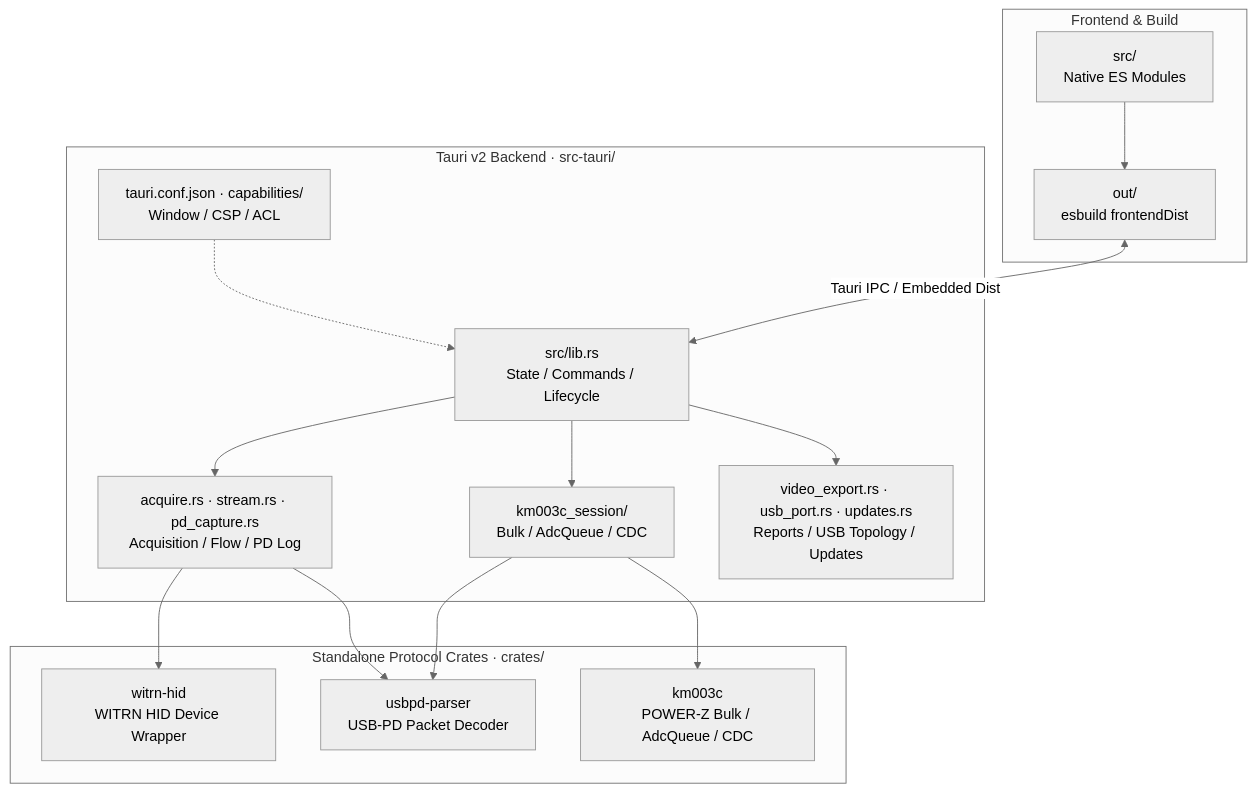
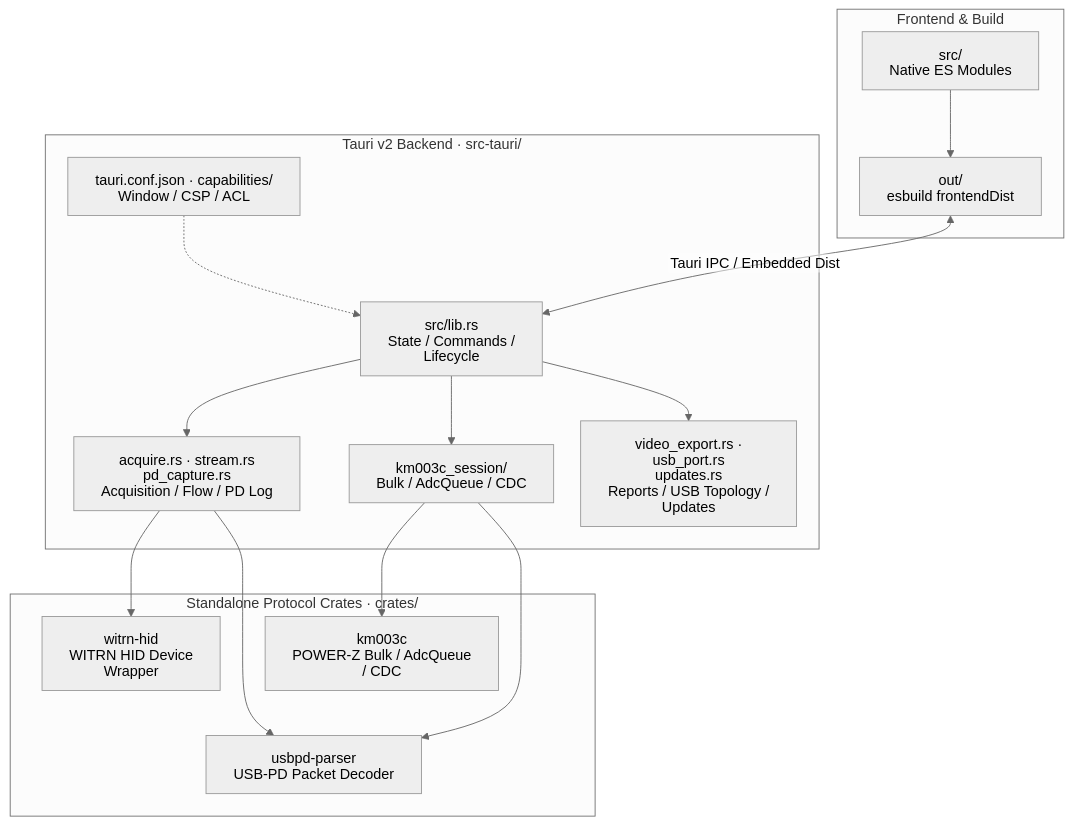
Before and after one commit to KHWLGH/laPower: the first of 4 diagrams in docs/en/ARCHITECTURE.md, drawn with Mermaid (neutral theme). The commit also changed other lines of this file and 1 other file, not shown here.

Commit message:
docs: fix Mermaid label rendering

````diff
--- a/docs/en/ARCHITECTURE.md
+++ b/docs/en/ARCHITECTURE.md
@@ -22,30 +22,39 @@
 ```mermaid
+---
+config:
+  htmlLabels: false
+  flowchart:
+    nodeSpacing: 30
+    wrappingWidth: 200
+---
 flowchart TB
   subgraph FE["Frontend & Build"]
     SRC["src/<br/>Native ES Modules"] --> OUT["out/<br/>esbuild frontendDist"]
   end
 
   subgraph BE["Tauri v2 Backend · src-tauri/"]
     LIB["src/lib.rs<br/>State / Commands / Lifecycle"]
-    STREAM["acquire.rs · stream.rs · pd_capture.rs<br/>Acquisition / Flow / PD Log"]
+    STREAM["acquire.rs · stream.rs<br/>pd_capture.rs<br/>Acquisition / Flow / PD Log"]
     KM_SESS["km003c_session/<br/>Bulk / AdcQueue / CDC"]
-    EXPORT["video_export.rs · usb_port.rs · updates.rs<br/>Reports / USB Topology / Updates"]
+    EXPORT["video_export.rs · usb_port.rs<br/>updates.rs<br/>Reports / USB Topology / Updates"]
     CONF["tauri.conf.json · capabilities/<br/>Window / CSP / ACL"]
     LIB --> STREAM
     LIB --> KM_SESS
     LIB --> EXPORT
     CONF -.-> LIB
   end
 
   subgraph CRATES["Standalone Protocol Crates · crates/"]
     WITRN["witrn-hid<br/>WITRN HID Device Wrapper"]
     USBPD["usbpd-parser<br/>USB-PD Packet Decoder"]
     KM["km003c<br/>POWER-Z Bulk / AdcQueue / CDC"]
+    WITRN ~~~ USBPD
+    KM ~~~ USBPD
   end
 
   OUT <-->|"Tauri IPC / Embedded Dist"| LIB
   STREAM --> WITRN
   STREAM --> USBPD
   KM_SESS --> KM
   KM_SESS --> USBPD
 ```
````
